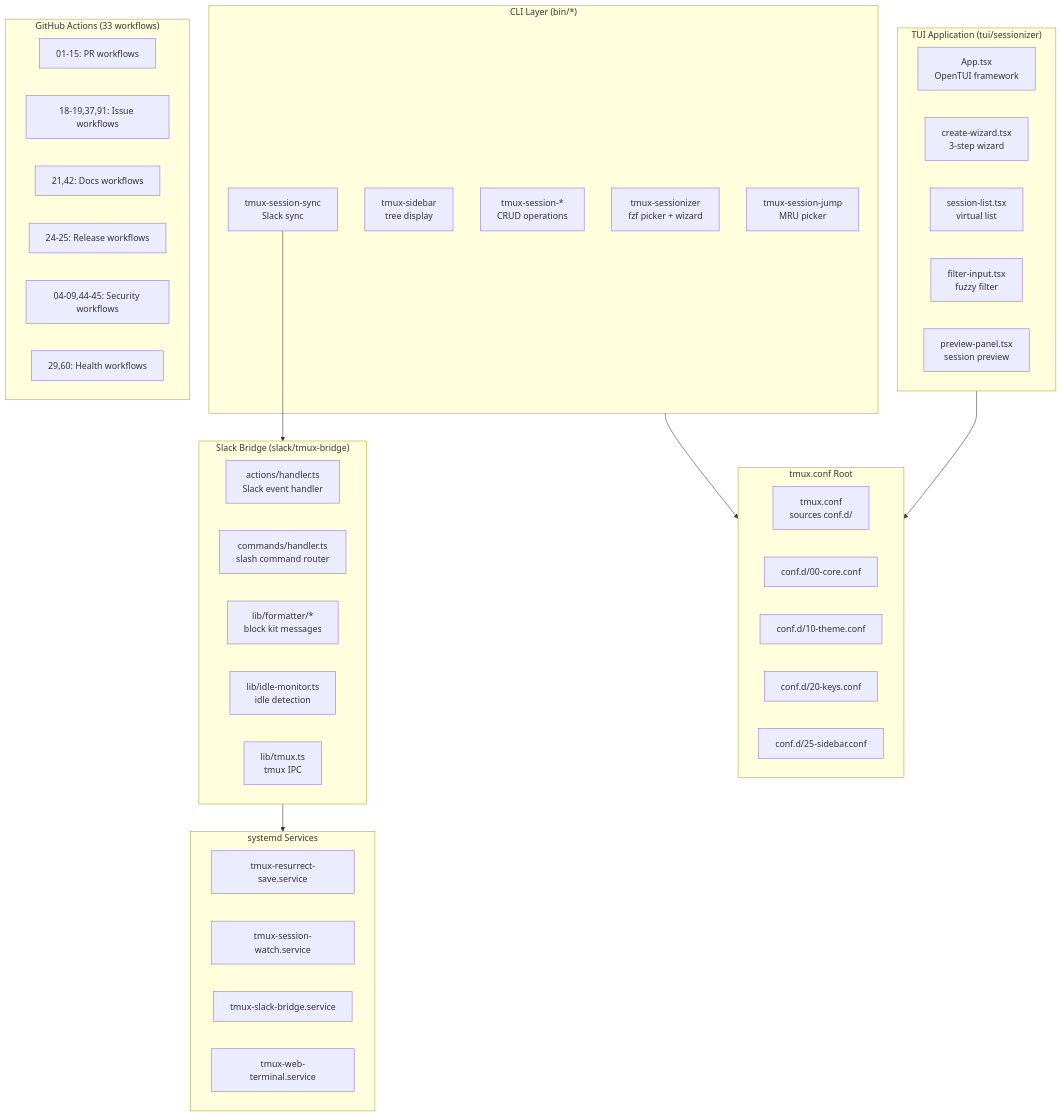
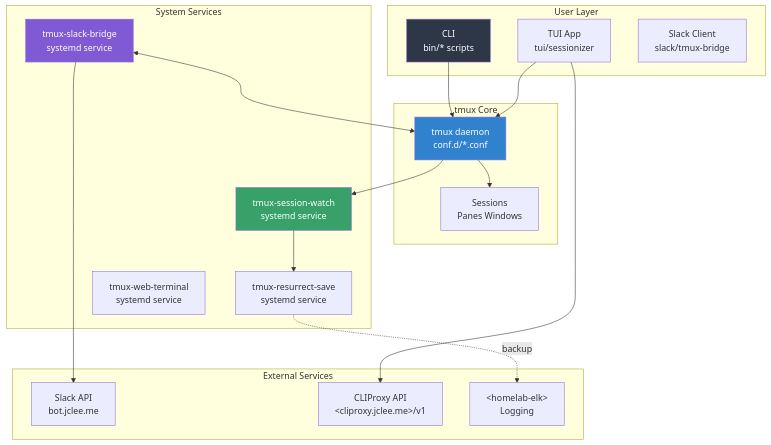
Before and after one commit to jclee941/tmux: the first of 2 diagrams in README.md, drawn with Mermaid. The commit also changed other lines of this file, not shown here.

````diff
--- a/README.md
+++ b/README.md
@@ -99,55 +103,41 @@
 ```mermaid
 flowchart TB
-    subgraph CLI["CLI Layer (bin/*)"]
-        SESSIONIZER["tmux-sessionizer<br/>fzf picker + wizard"]
-        SIDEBAR["tmux-sidebar<br/>tree display"]
-        SESSION["tmux-session-*<br/>CRUD operations"]
-        SYNC["tmux-session-sync<br/>Slack sync"]
-        JUMP["tmux-session-jump<br/>MRU picker"]
+    subgraph "User Layer"
+        CLI["CLI<br/>bin/* scripts"]
+        TUI["TUI App<br/>tui/sessionizer"]
+        Slack["Slack Client<br/>slack/tmux-bridge"]
     end
 
-    subgraph CONFIG["tmux.conf Root"]
-        ROOT["tmux.conf<br/>sources conf.d/"]
-        CORE["conf.d/00-core.conf"]
-        THEME["conf.d/10-theme.conf"]
-        KEYS["conf.d/20-keys.conf"]
-        SIDEBAR_CONF["conf.d/25-sidebar.conf"]
+    subgraph "tmux Core"
+        TMUX["tmux daemon<br/>conf.d/*.conf"]
+        SESSIONS["Sessions<br/>Panes Windows"]
     end
 
-    subgraph TUI["TUI Application (tui/sessionizer)"]
-        APP["App.tsx<br/>OpenTUI framework"]
-        WIZARD["create-wizard.tsx<br/>3-step wizard"]
-        LIST["session-list.tsx<br/>virtual list"]
-        FILTER["filter-input.tsx<br/>fuzzy filter"]
-        PREVIEW["preview-panel.tsx<br/>session preview"]
+    subgraph "System Services"
+        WATCH["tmux-session-watch<br/>systemd service"]
+        RESURRECT["tmux-resurrect-save<br/>systemd service"]
+        BRIDGE["tmux-slack-bridge<br/>systemd service"]
+        WEBTERM["tmux-web-terminal<br/>systemd service"]
     end
 
-    subgraph SLACK["Slack Bridge (slack/tmux-bridge)"]
-        HANDLER["actions/handler.ts<br/>Slack event handler"]
-        COMMANDS["commands/handler.ts<br/>slash command router"]
-        FORMATTER["lib/formatter/*<br/>block kit messages"]
-        IDLE["lib/idle-monitor.ts<br/>idle detection"]
-        TMUX["lib/tmux.ts<br/>tmux IPC"]
+    subgraph "External Services"
+        SLACK["Slack API<br/>bot.jclee.me"]
+        PROXY["CLIProxy API<br/>&lt;cliproxy.jclee.me&gt;/v1"]
+        ELK["&lt;homelab-elk&gt;<br/>Logging"]
     end
 
-    subgraph SERVICES["systemd Services"]
-        RESURRECT["tmux-resurrect-save.service"]
-        WATCH["tmux-session-watch.service"]
-        SLACK_SVC["tmux-slack-bridge.service"]
-        WEB["tmux-web-terminal.service"]
-    end
+    CLI --> TMUX
+    TUI --> TMUX
+    TMUX --> SESSIONS
+    TMUX --> WATCH
+    WATCH --> RESURRECT
+    RESURRECT -.backup.-> ELK
+    BRIDGE --> SLACK
+    BRIDGE <--> TMUX
+    TUI --> PROXY
 
-    subgraph AUTOMATION["GitHub Actions (33 workflows)"]
-        PR["01-15: PR workflows"]
-        ISSUES["18-19,37,91: Issue workflows"]
-        DOCS["21,42: Docs workflows"]
-        RELEASE["24-25: Release workflows"]
-        SECURITY["04-09,44-45: Security workflows"]
-        HEALTH["29,60: Health workflows"]
-    end
-
-    CLI --> CONFIG
-    TUI --> CONFIG
-    SLACK --> SERVICES
-    SYNC --> SLACK
+    style CLI fill:#2d3748,color:#fff
+    style TMUX fill:#3182ce,color:#fff
+    style WATCH fill:#38a169,color:#fff
+    style BRIDGE fill:#805ad5,color:#fff
 ```
````
